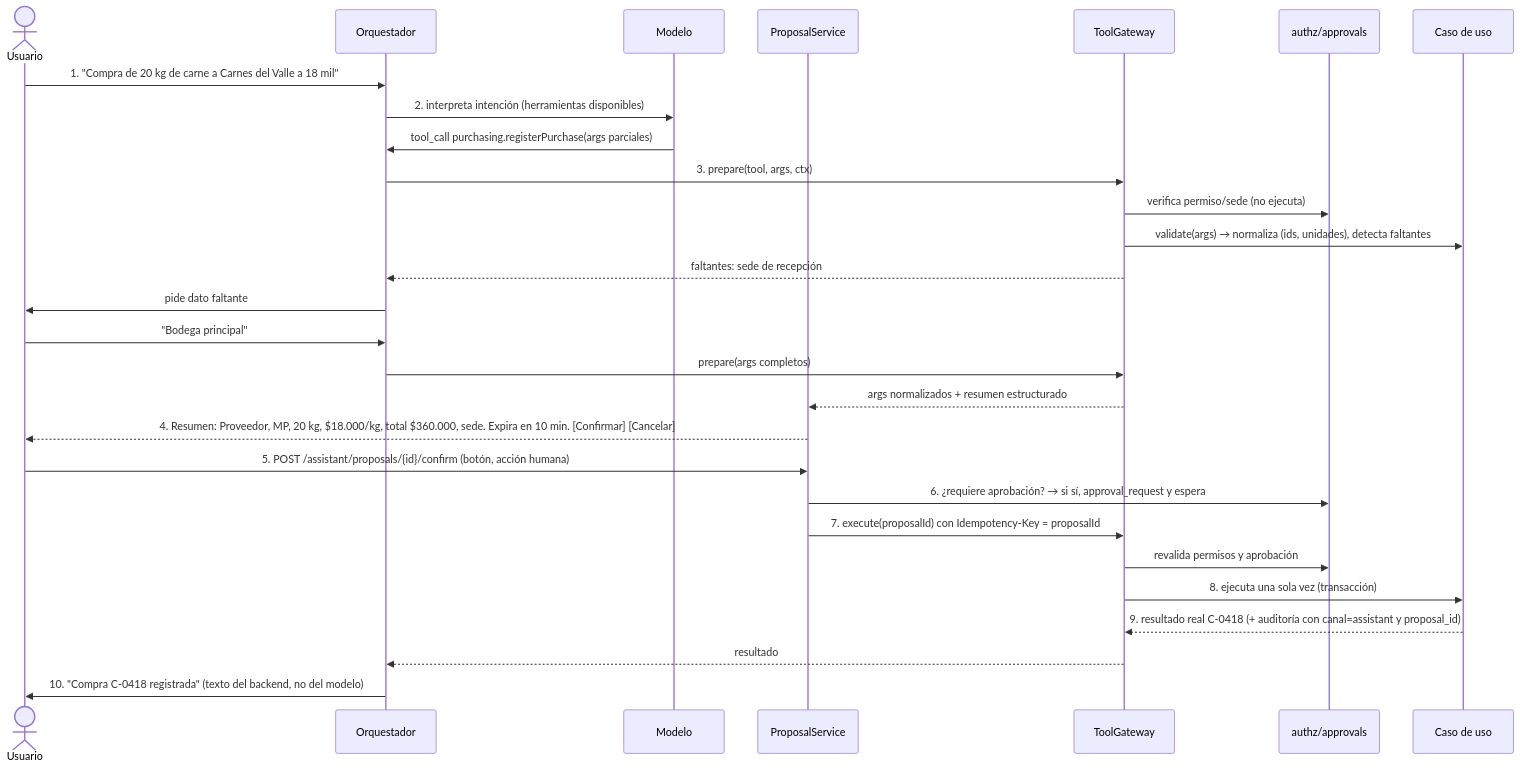
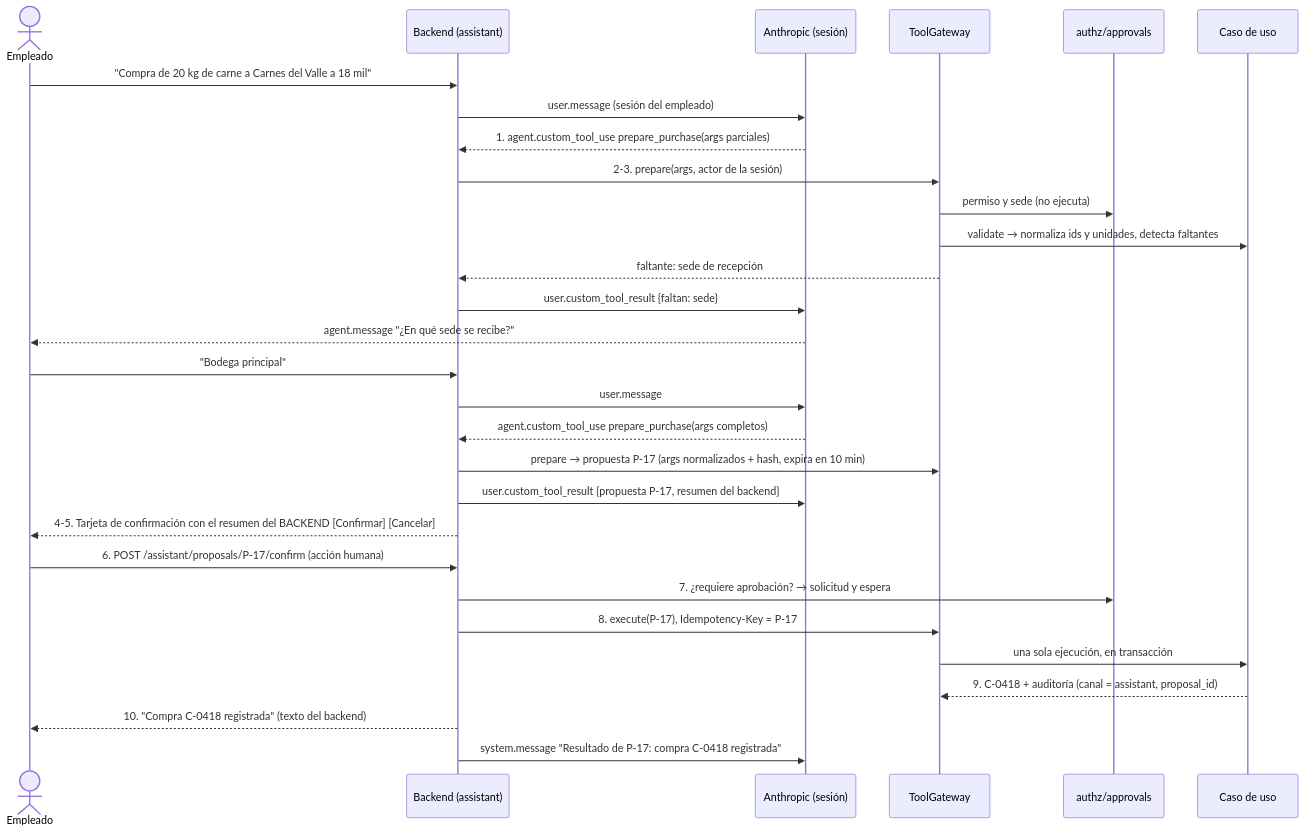
One commit to Anpinprogrammer/quatreros changed the second of 3 diagrams in docs/02-architecture/ai-architecture.md. Above: the diagram before and after it, drawn with Mermaid. The commit also changed other lines of this file and 24 other files, not shown here.

````diff
--- a/docs/02-architecture/ai-architecture.md
+++ b/docs/02-architecture/ai-architecture.md
@@ -73,30 +111,31 @@
 ```mermaid
 sequenceDiagram
-  actor U as Usuario
-  participant O as Orquestador
-  participant L as Modelo
-  participant P as ProposalService
+  actor U as Empleado
+  participant B as Backend (assistant)
+  participant A as Anthropic (sesión)
   participant G as ToolGateway
-  participant A as authz/approvals
+  participant Z as authz/approvals
   participant C as Caso de uso
-  U->>O: 1. "Compra de 20 kg de carne a Carnes del Valle a 18 mil"
-  O->>L: 2. interpreta intención (herramientas disponibles)
-  L->>O: tool_call purchasing.registerPurchase(args parciales)
-  O->>G: 3. prepare(tool, args, ctx)
-  G->>A: verifica permiso/sede (no ejecuta)
-  G->>C: validate(args) → normaliza (ids, unidades), detecta faltantes
-  G-->>O: faltantes: sede de recepción
-  O->>U: pide dato faltante
-  U->>O: "Bodega principal"
-  O->>G: prepare(args completos)
-  G-->>P: args normalizados + resumen estructurado
-  P-->>U: 4. Resumen: Proveedor, MP, 20 kg, $18.000/kg, total $360.000, sede. Expira en 10 min. [Confirmar] [Cancelar]
-  U->>P: 5. POST /assistant/proposals/{id}/confirm (botón, acción humana)
-  P->>A: 6. ¿requiere aprobación? → si sí, approval_request y espera
-  P->>G: 7. execute(proposalId) con Idempotency-Key = proposalId
-  G->>A: revalida permisos y aprobación
-  G->>C: 8. ejecuta una sola vez (transacción)
-  C-->>G: 9. resultado real C-0418 (+ auditoría con canal=assistant y proposal_id)
-  G-->>O: resultado
-  O->>U: 10. "Compra C-0418 registrada" (texto del backend, no del modelo)
+  U->>B: "Compra de 20 kg de carne a Carnes del Valle a 18 mil"
+  B->>A: user.message (sesión del empleado)
+  A-->>B: 1. agent.custom_tool_use prepare_purchase(args parciales)
+  B->>G: 2-3. prepare(args, actor de la sesión)
+  G->>Z: permiso y sede (no ejecuta)
+  G->>C: validate → normaliza ids y unidades, detecta faltantes
+  G-->>B: faltante: sede de recepción
+  B->>A: user.custom_tool_result {faltan: sede}
+  A-->>U: agent.message "¿En qué sede se recibe?"
+  U->>B: "Bodega principal"
+  B->>A: user.message
+  A-->>B: agent.custom_tool_use prepare_purchase(args completos)
+  B->>G: prepare → propuesta P-17 (args normalizados + hash, expira en 10 min)
+  B->>A: user.custom_tool_result {propuesta P-17, resumen del backend}
+  B-->>U: 4-5. Tarjeta de confirmación con el resumen del BACKEND [Confirmar] [Cancelar]
+  U->>B: 6. POST /assistant/proposals/P-17/confirm (acción humana)
+  B->>Z: 7. ¿requiere aprobación? → solicitud y espera
+  B->>G: 8. execute(P-17), Idempotency-Key = P-17
+  G->>C: una sola ejecución, en transacción
+  C-->>G: 9. C-0418 + auditoría (canal = assistant, proposal_id)
+  B-->>U: 10. "Compra C-0418 registrada" (texto del backend)
+  B->>A: system.message "Resultado de P-17: compra C-0418 registrada"
 ```
````
